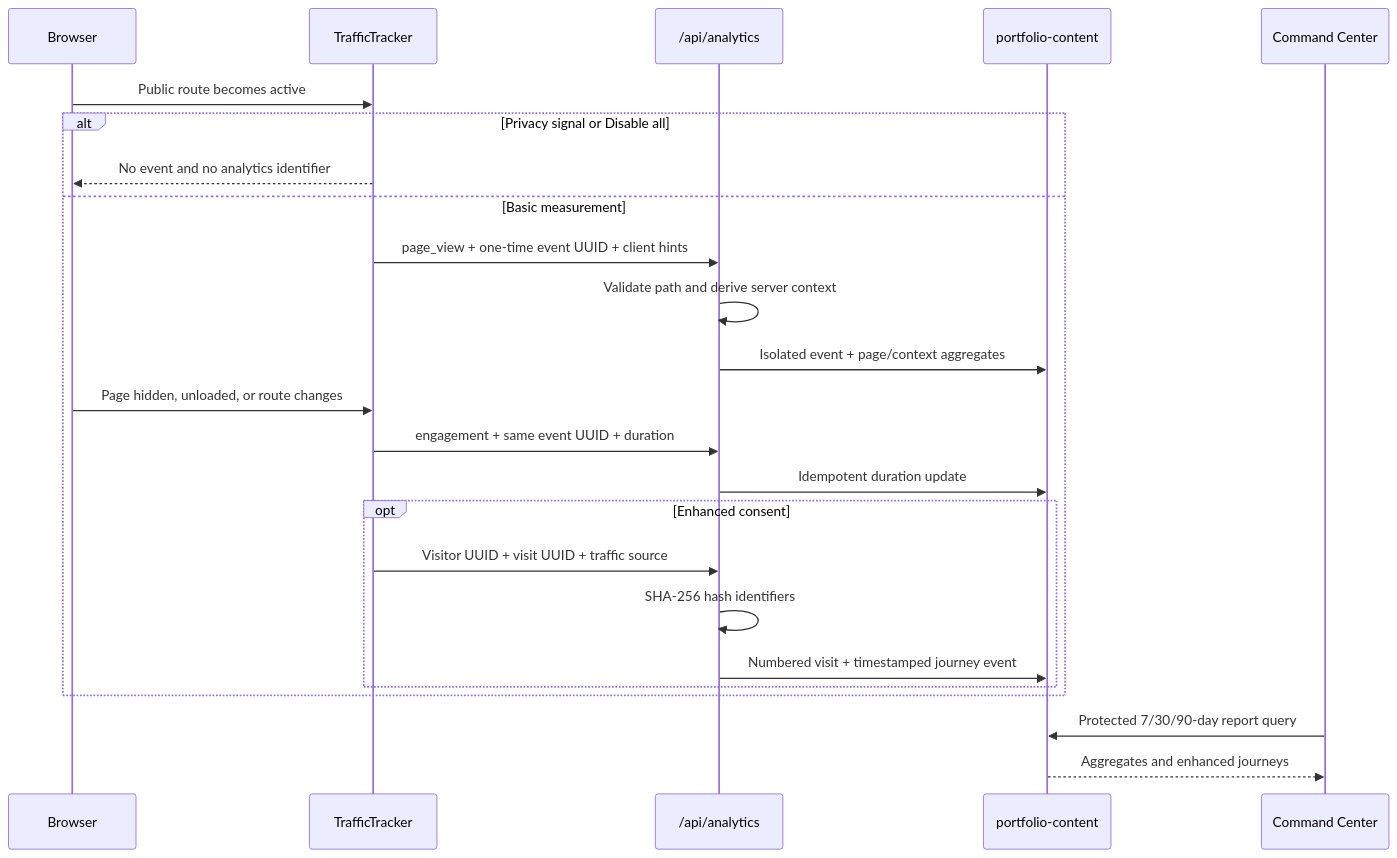
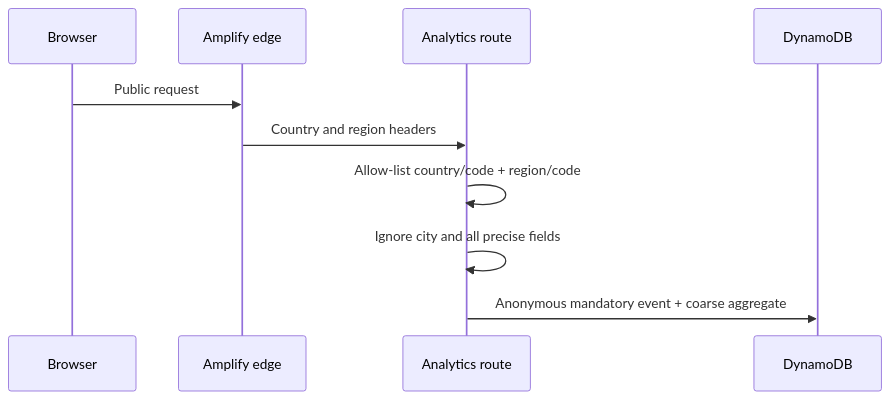
The second of 2 diagrams in docs/ANALYTICS.md (Skywalker1910/Tech-Portfolio), drawn with Mermaid before and after one commit. The commit also changed other lines of this file and 35 other files, not shown here.

Commit message:
feat: refactor privacy-first analytics and telemetry (#12)

````diff
--- a/docs/ANALYTICS.md
+++ b/docs/ANALYTICS.md
@@ -29,27 +43,12 @@
 ```mermaid
 sequenceDiagram
     participant B as Browser
-    participant T as TrafficTracker
-    participant A as /api/analytics
-    participant D as portfolio-content
-    participant C as Command Center
-
-    B->>T: Public route becomes active
-    alt Privacy signal or Disable all
-      T-->>B: No event and no analytics identifier
-    else Basic measurement
-      T->>A: page_view + one-time event UUID + client hints
-      A->>A: Validate path and derive server context
-      A->>D: Isolated event + page/context aggregates
-      B->>T: Page hidden, unloaded, or route changes
-      T->>A: engagement + same event UUID + duration
-      A->>D: Idempotent duration update
-      opt Enhanced consent
-        T->>A: Visitor UUID + visit UUID + traffic source
-        A->>A: SHA-256 hash identifiers
-        A->>D: Numbered visit + timestamped journey event
-      end
-    end
-    C->>D: Protected 7/30/90-day report query
-    D-->>C: Aggregates and enhanced journeys
+    participant E as Amplify edge
+    participant A as Analytics route
+    participant D as DynamoDB
+    B->>E: Public request
+    E->>A: Country and region headers
+    A->>A: Allow-list country/code + region/code
+    A->>A: Ignore city and all precise fields
+    A->>D: Anonymous mandatory event + coarse aggregate
 ```
````
